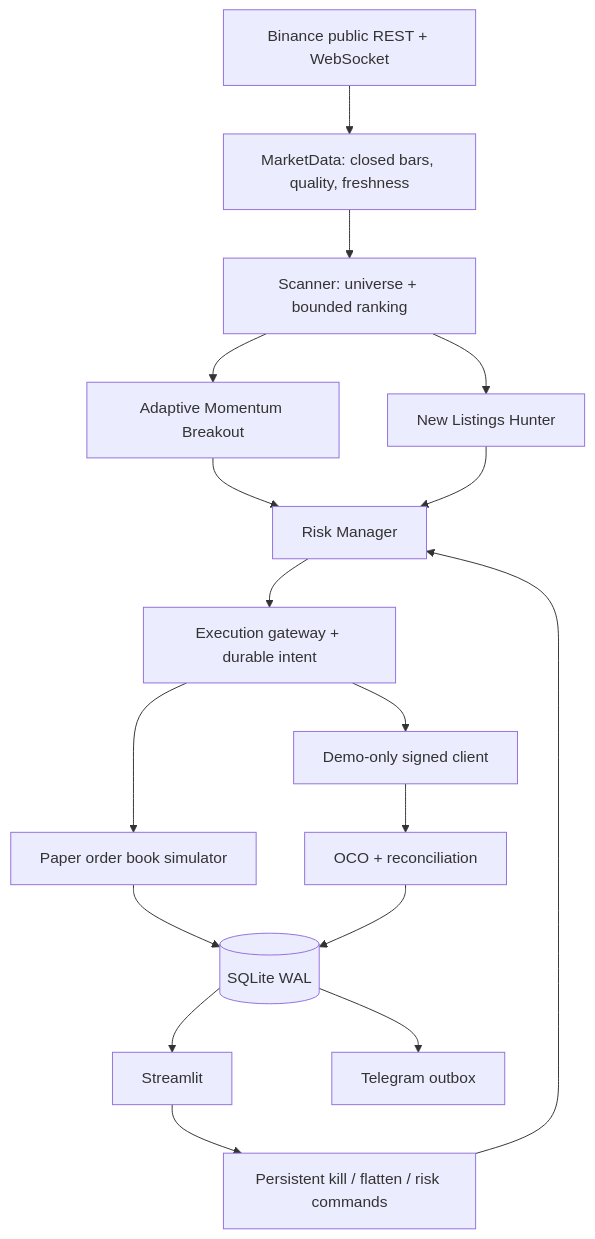
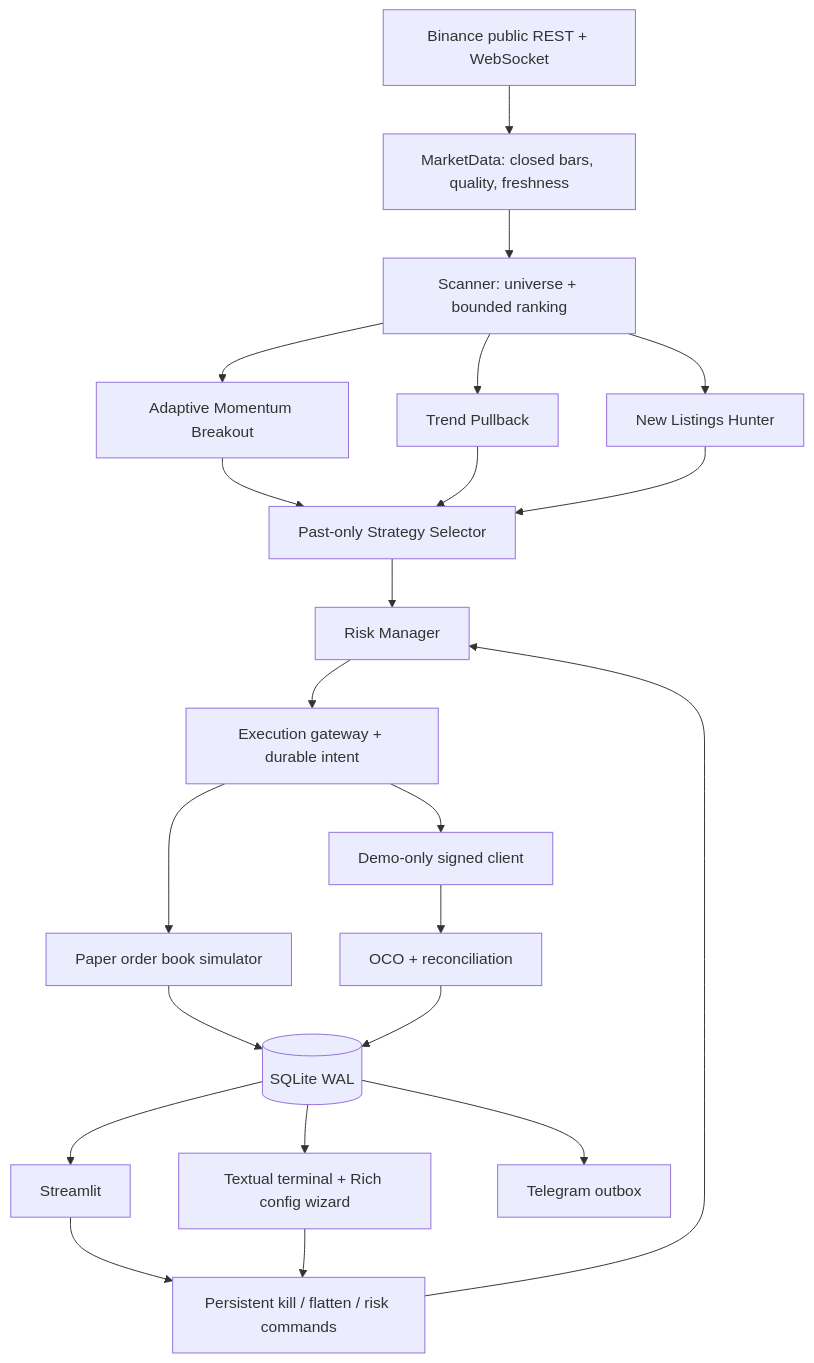
Before and after one commit to ViGetTo/binance-smart-trader: the diagram in docs/ARCHITECTURE.md, drawn with Mermaid. The commit also changed other lines of this file and 32 other files, not shown here.

Commit message:
Use verified Binance Demo balances and add terminal setup, analytics and strategy selection

````diff
--- a/docs/ARCHITECTURE.md
+++ b/docs/ARCHITECTURE.md
@@ -6,19 +6,24 @@
 ```mermaid
 flowchart TD
     B[Binance public REST + WebSocket] --> M[MarketData: closed bars, quality, freshness]
     M --> S[Scanner: universe + bounded ranking]
     S --> A[Adaptive Momentum Breakout]
+    S --> PULL[Trend Pullback]
     S --> N[New Listings Hunter]
-    A --> R[Risk Manager]
-    N --> R
+    A --> SELECT[Past-only Strategy Selector]
+    PULL --> SELECT
+    N --> SELECT
+    SELECT --> R[Risk Manager]
     R --> E[Execution gateway + durable intent]
     E --> P[Paper order book simulator]
     E --> D[Demo-only signed client]
     D --> O[OCO + reconciliation]
     P --> DB[(SQLite WAL)]
     O --> DB
     DB --> UI[Streamlit]
+    DB --> TERM[Textual terminal + Rich config wizard]
     DB --> T[Telegram outbox]
     UI --> C[Persistent kill / flatten / risk commands]
+    TERM --> C
     C --> R
 ```
````
